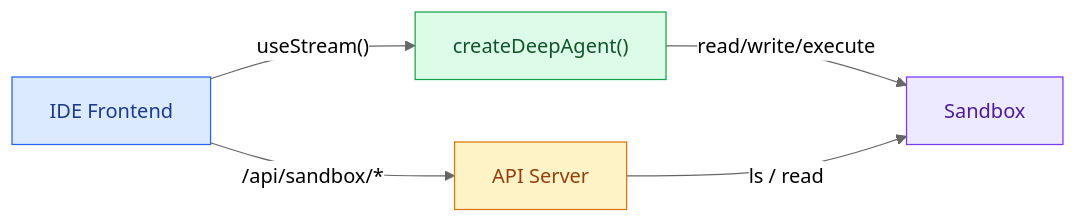
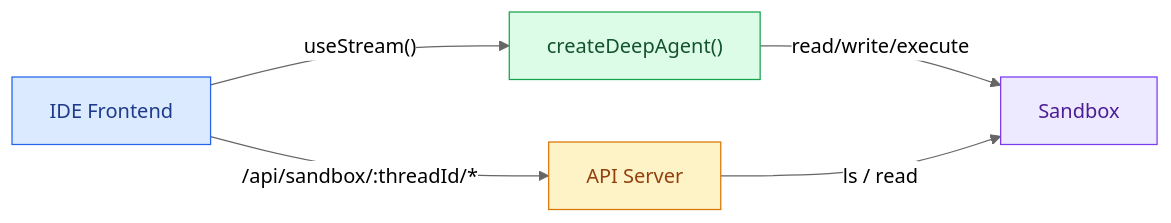
The first of 2 diagrams in src/oss/deepagents/frontend/sandbox.mdx (belinwu/langchain-docs), drawn with Mermaid (neutral theme) before and after one commit. The commit also changed other lines of this file and 1 other file, not shown here.

````diff
--- a/src/oss/deepagents/frontend/sandbox.mdx
+++ b/src/oss/deepagents/frontend/sandbox.mdx
@@ -29,29 +29,29 @@
 ```mermaid
 %%{
   init: {
     "fontFamily": "monospace",
     "flowchart": {
       "curve": "curve"
     }
   }
 }%%
 graph LR
   UI["IDE Frontend"]
   API["API Server"]
   AGENT["createDeepAgent()"]
   SANDBOX["Sandbox"]
 
   UI --"useStream()"--> AGENT
-  UI --"/api/sandbox/*"--> API
+  UI --"/api/sandbox/:threadId/*"--> API
   AGENT --"read/write/execute"--> SANDBOX
   API --"ls / read"--> SANDBOX
 
   classDef blueHighlight fill:#DBEAFE,stroke:#2563EB,color:#1E3A8A;
   classDef greenHighlight fill:#DCFCE7,stroke:#16A34A,color:#14532D;
   classDef purpleHighlight fill:#EDE9FE,stroke:#7C3AED,color:#4C1D95;
   classDef orangeHighlight fill:#FEF3C7,stroke:#D97706,color:#92400E;
   class UI blueHighlight;
   class AGENT greenHighlight;
   class SANDBOX purpleHighlight;
   class API orangeHighlight;
 ```
````
